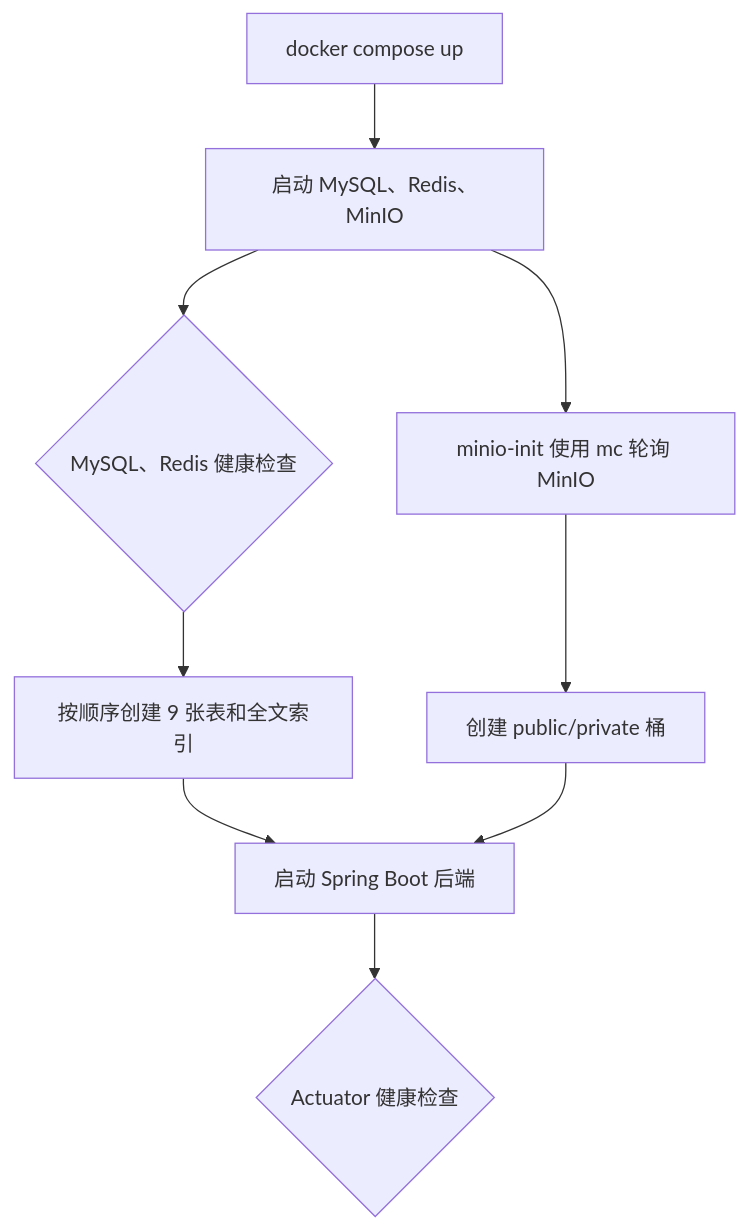
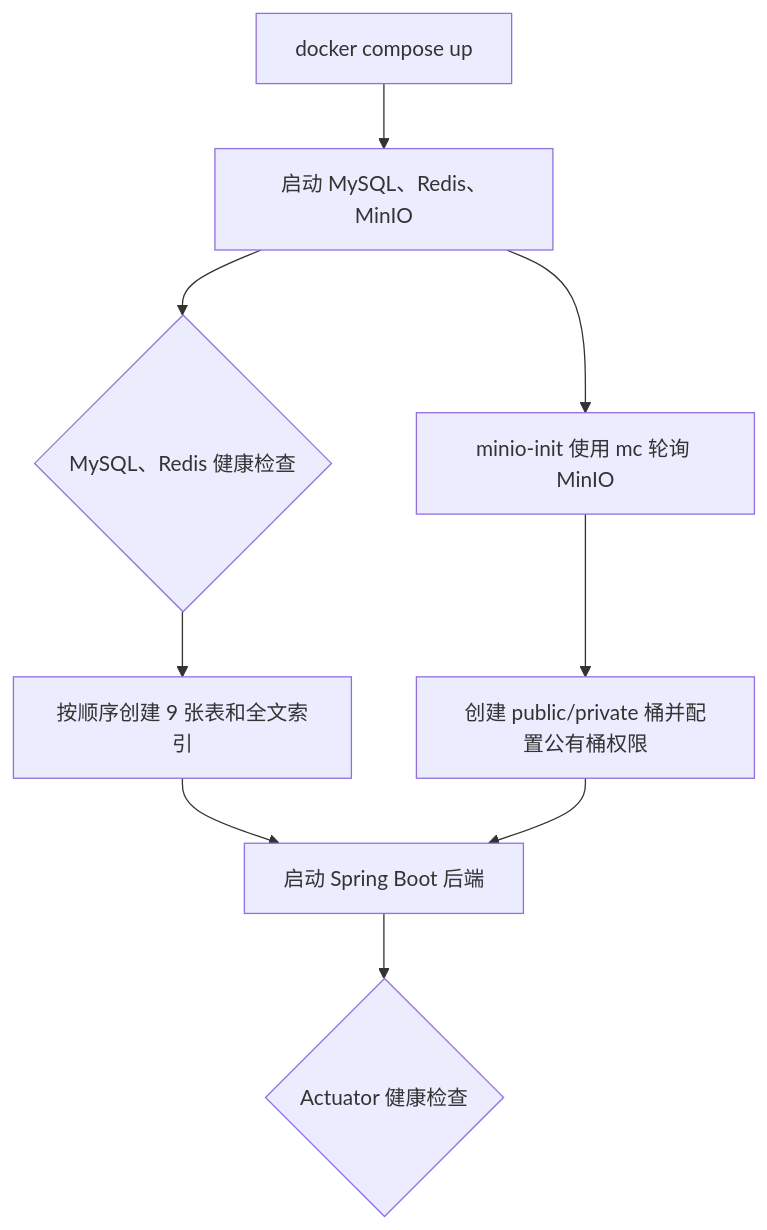
Before and after one commit to Git-creat7/teamdocs: the second of 2 diagrams in README.md, drawn with Mermaid. The commit also changed other lines of this file and 2 other files, not shown here.

````diff
--- a/README.md
+++ b/README.md
@@ -82,11 +82,11 @@
 ```mermaid
 flowchart TD
     Up[docker compose up] --> Infra[启动 MySQL、Redis、MinIO]
     Infra --> Health{MySQL、Redis 健康检查}
     Infra --> MinioInit[minio-init 使用 mc 轮询 MinIO]
     Health --> SQL[按顺序创建 9 张表和全文索引]
-    MinioInit --> Buckets[创建 public/private 桶]
+    MinioInit --> Buckets[创建 public/private 桶并配置公有桶权限]
     SQL --> App[启动 Spring Boot 后端]
     Buckets --> App
     App --> AppHealth{Actuator 健康检查}
 ```
````
